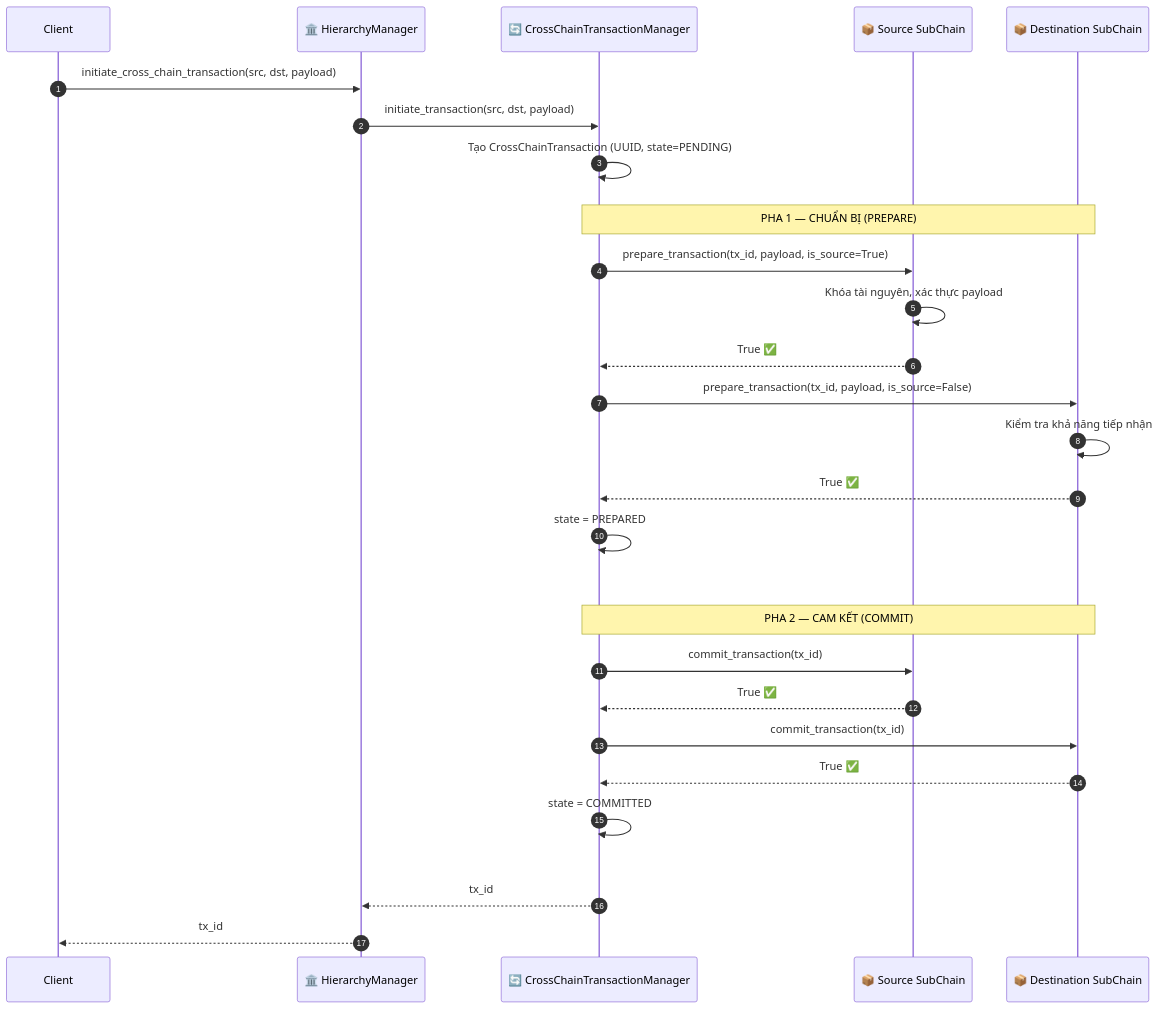
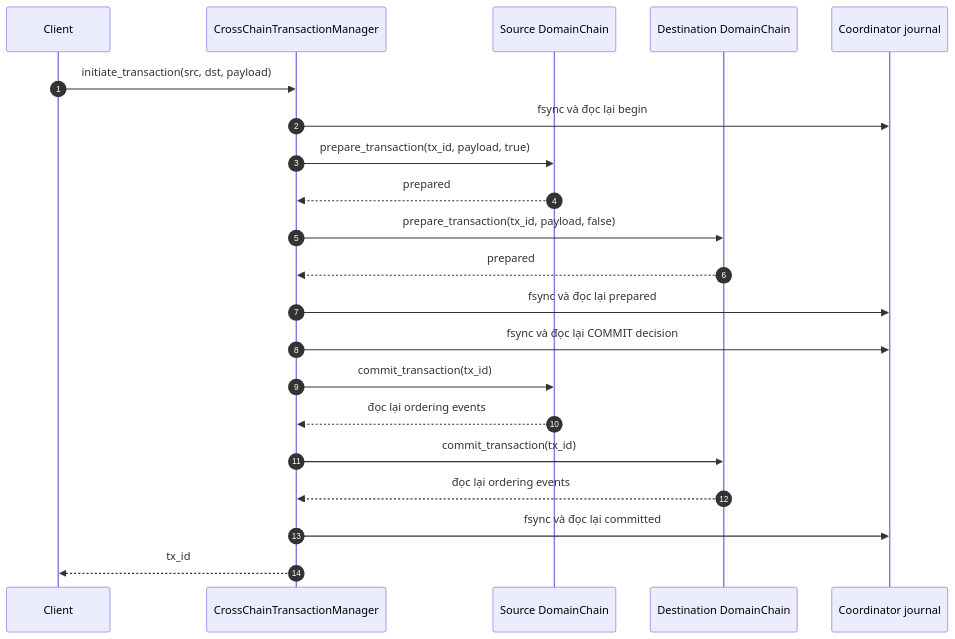
Before and after one commit to VanDung-dev/HieraChain: the first of 2 diagrams in docs/vi/workflows/cross-chain-2pc.md, drawn with Mermaid. The commit also changed other lines of this file and 25 other files, not shown here.

````diff
--- a/docs/vi/workflows/cross-chain-2pc.md
+++ b/docs/vi/workflows/cross-chain-2pc.md
@@ -19,38 +19,24 @@
 ```mermaid
 sequenceDiagram
     autonumber
-    participant Client as Client
-    participant HM as 🏛️ HierarchyManager
-    participant TM as 🔄 CrossChainTransactionManager
-    participant SRC as 📦 Source SubChain
-    participant DST as 📦 Destination SubChain
+    participant Client
+    participant TM as CrossChainTransactionManager
+    participant SRC as Source DomainChain
+    participant DST as Destination DomainChain
+    participant CJ as Coordinator journal
 
-    Client->>HM: initiate_cross_chain_transaction(src, dst, payload)
-    HM->>TM: initiate_transaction(src, dst, payload)
-    TM->>TM: Tạo CrossChainTransaction (UUID, state=PENDING)
-
-    rect rgb(0, 0, 0, 0)
-        Note over TM,DST: PHA 1 — CHUẨN BỊ (PREPARE)
-        TM->>SRC: prepare_transaction(tx_id, payload, is_source=True)
-        SRC->>SRC: Khóa tài nguyên, xác thực payload
-        SRC-->>TM: True ✅
-
-        TM->>DST: prepare_transaction(tx_id, payload, is_source=False)
-        DST->>DST: Kiểm tra khả năng tiếp nhận
-        DST-->>TM: True ✅
-
-        TM->>TM: state = PREPARED
-    end
-
-    rect rgb(0, 0, 0, 0)
-        Note over TM,DST: PHA 2 — CAM KẾT (COMMIT)
-        TM->>SRC: commit_transaction(tx_id)
-        SRC-->>TM: True ✅
-        TM->>DST: commit_transaction(tx_id)
-        DST-->>TM: True ✅
-        TM->>TM: state = COMMITTED
-    end
-
-    TM-->>HM: tx_id
-    HM-->>Client: tx_id
+    Client->>TM: initiate_transaction(src, dst, payload)
+    TM->>CJ: fsync và đọc lại begin
+    TM->>SRC: prepare_transaction(tx_id, payload, true)
+    SRC-->>TM: prepared
+    TM->>DST: prepare_transaction(tx_id, payload, false)
+    DST-->>TM: prepared
+    TM->>CJ: fsync và đọc lại prepared
+    TM->>CJ: fsync và đọc lại COMMIT decision
+    TM->>SRC: commit_transaction(tx_id)
+    SRC-->>TM: đọc lại ordering events
+    TM->>DST: commit_transaction(tx_id)
+    DST-->>TM: đọc lại ordering events
+    TM->>CJ: fsync và đọc lại committed
+    TM-->>Client: tx_id
 ```
````
